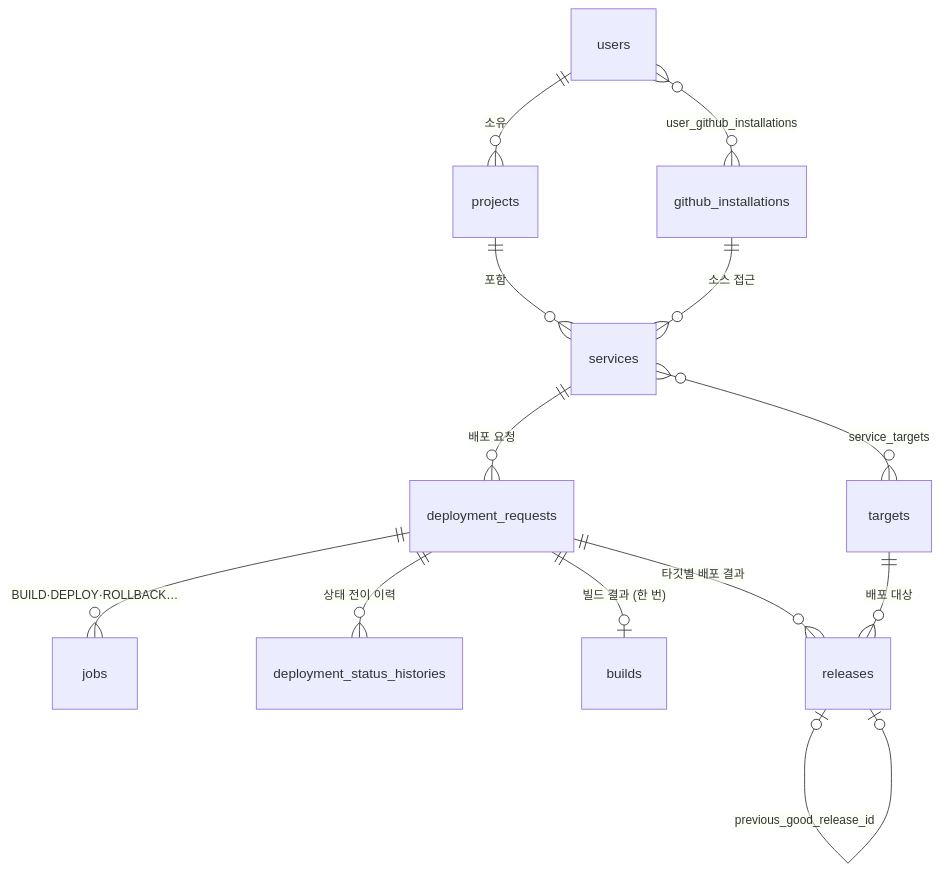
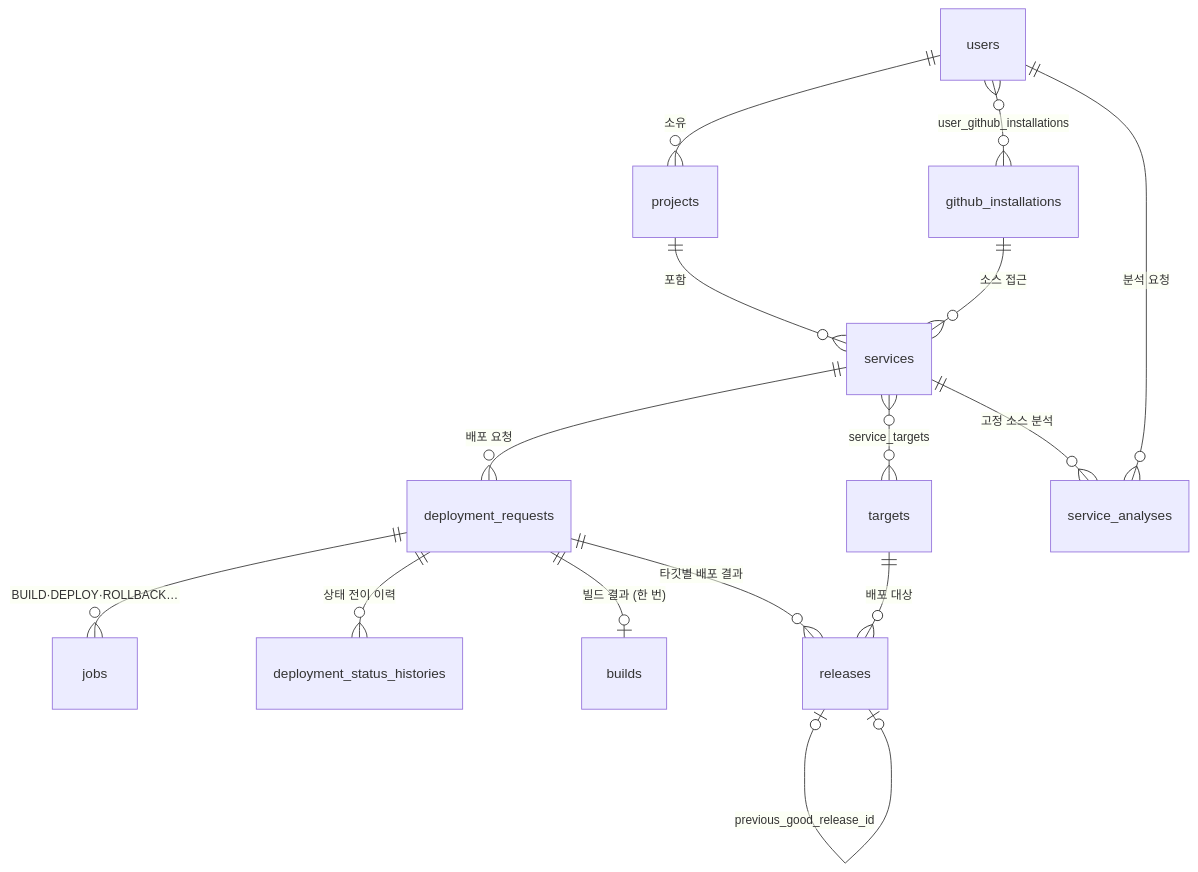
The diagram in .claude/rules/term-dictionary.md (2026-softbank-1/iris-was), drawn with Mermaid before and after one commit. The commit also changed other lines of this file and 40 other files, not shown here.

````diff
--- a/.claude/rules/term-dictionary.md
+++ b/.claude/rules/term-dictionary.md
@@ -44,15 +44,17 @@
 ```mermaid
 erDiagram
   users ||--o{ projects : "소유"
   users }o--o{ github_installations : "user_github_installations"
   projects ||--o{ services : "포함"
   github_installations ||--o{ services : "소스 접근"
   services }o--o{ targets : "service_targets"
   services ||--o{ deployment_requests : "배포 요청"
+  services ||--o{ service_analyses : "고정 소스 분석"
+  users ||--o{ service_analyses : "분석 요청"
   deployment_requests ||--o{ jobs : "BUILD·DEPLOY·ROLLBACK…"
   deployment_requests ||--o{ deployment_status_histories : "상태 전이 이력"
   deployment_requests ||--o| builds : "빌드 결과 (한 번)"
   deployment_requests ||--o{ releases : "타깃별 배포 결과"
   targets ||--o{ releases : "배포 대상"
   releases |o--o| releases : "previous_good_release_id"
 ```
````
